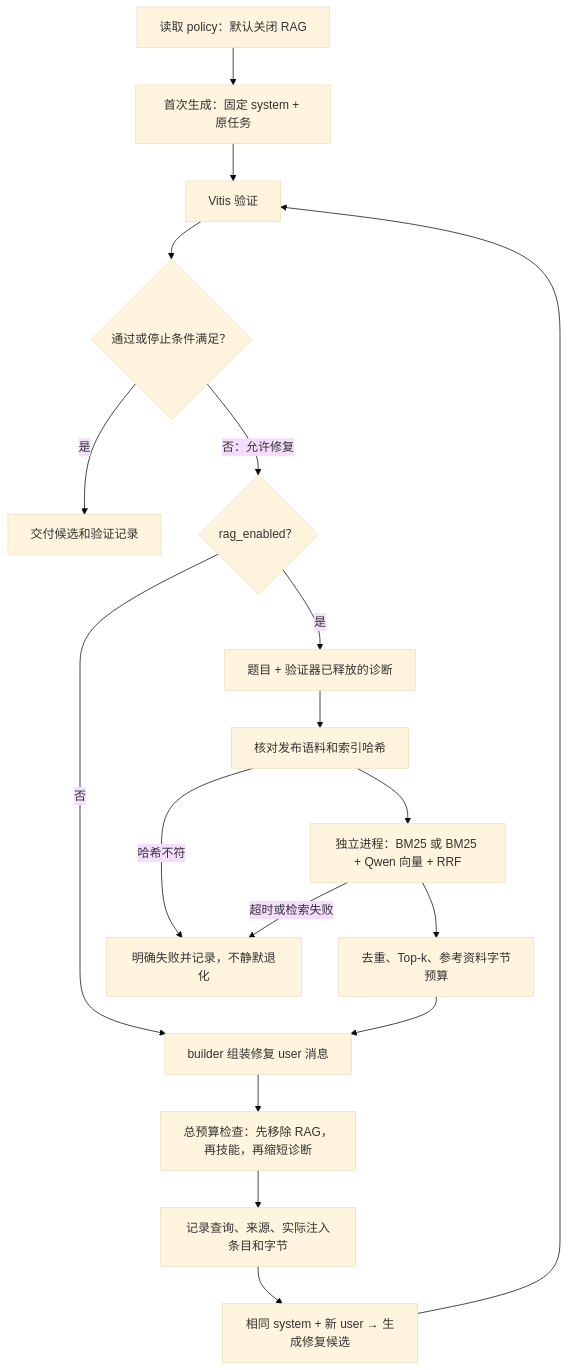
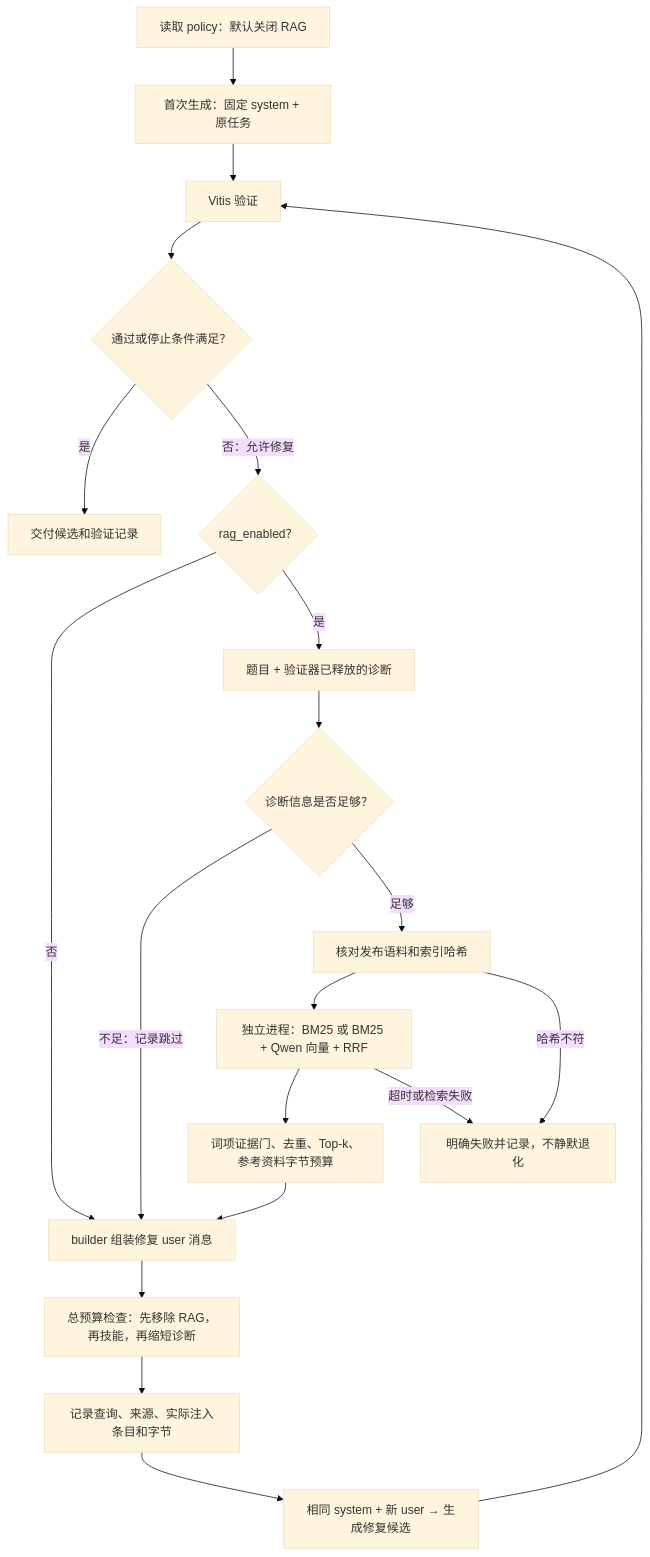
One commit to yissyii/HLS-agent changed the diagram in report/design/rag_agent.md. Above: the diagram before and after it, drawn with Mermaid (base theme). The commit also changed other lines of this file and 36 other files, not shown here.

````diff
--- a/report/design/rag_agent.md
+++ b/report/design/rag_agent.md
@@ -7,20 +9,22 @@
 ```mermaid
 flowchart TD
     A[读取 policy：默认关闭 RAG] --> B[首次生成：固定 system + 原任务]
     B --> C[Vitis 验证]
     C --> D{通过或停止条件满足？}
     D -->|是| E[交付候选和验证记录]
     D -->|否：允许修复| F{rag_enabled？}
     F -->|否| J[builder 组装修复 user 消息]
     F -->|是| G[题目 + 验证器已释放的诊断]
-    G --> H[核对发布语料和索引哈希]
+    G --> Q{诊断信息是否足够？}
+    Q -->|不足：记录跳过| J
+    Q -->|足够| H[核对发布语料和索引哈希]
     H --> I[独立进程：BM25 或 BM25 + Qwen 向量 + RRF]
-    I --> K[去重、Top-k、参考资料字节预算]
+    I --> K[词项证据门、去重、Top-k、参考资料字节预算]
     K --> J
     J --> L[总预算检查：先移除 RAG，再技能，再缩短诊断]
     L --> M[记录查询、来源、实际注入条目和字节]
     M --> N[相同 system + 新 user → 生成修复候选]
     N --> C
     H -->|哈希不符| X[明确失败并记录，不静默退化]
     I -->|超时或检索失败| X
 ```
````
